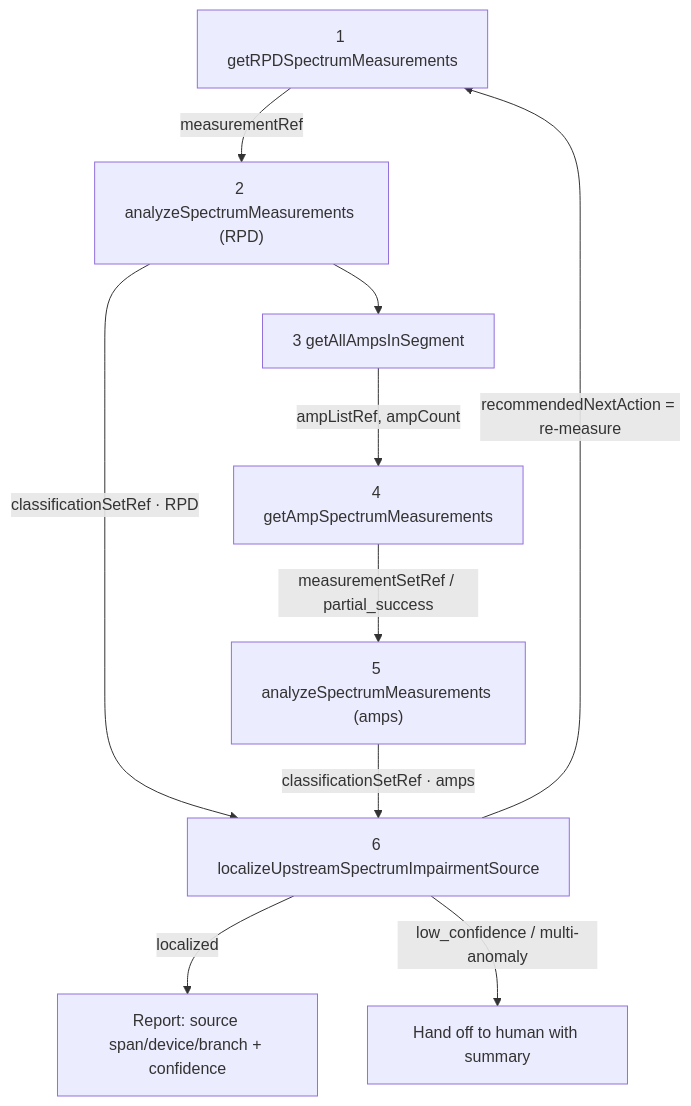
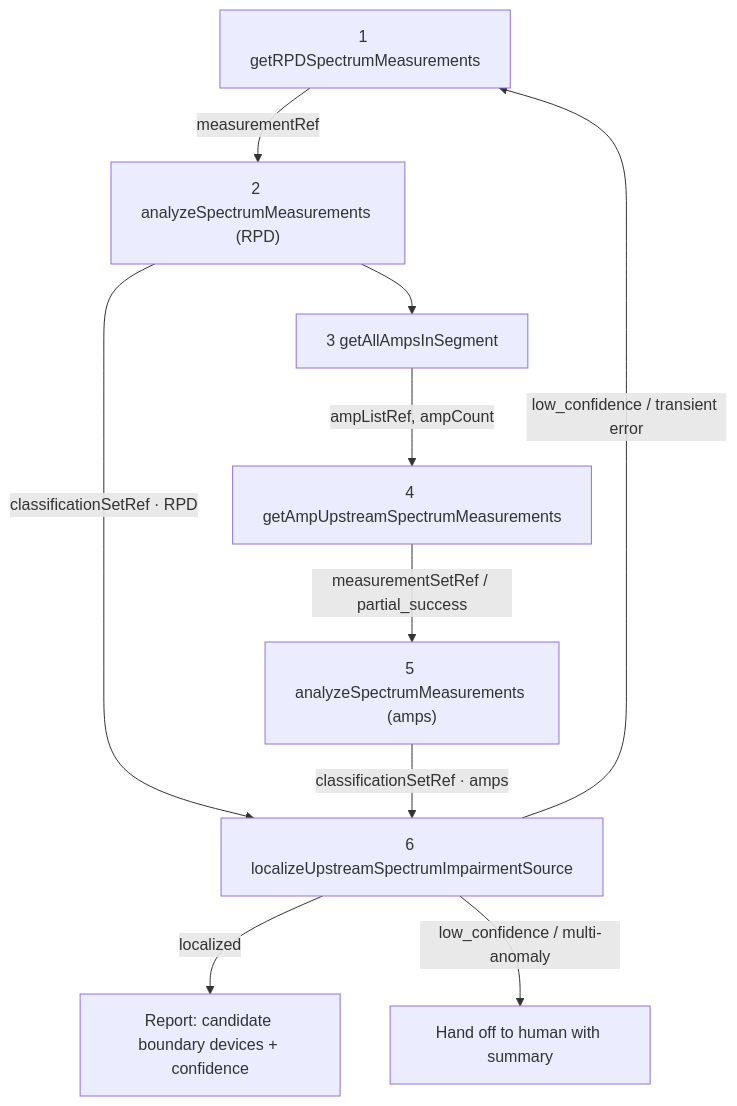
One commit to sheikmohdimran/scte-upstream-impairment changed the diagram in docs/corrected-plan.md. Above: the diagram before and after it, drawn with Mermaid. The commit also changed other lines of this file and 6 other files, not shown here.

````diff
--- a/docs/corrected-plan.md
+++ b/docs/corrected-plan.md
@@ -57,12 +57,12 @@
 ```mermaid
 flowchart TD
 		A["1 getRPDSpectrumMeasurements"] -->|measurementRef| B["2 analyzeSpectrumMeasurements (RPD)"]
 		B -->|classificationSetRef · RPD| F
 		B --> C["3 getAllAmpsInSegment"]
-		C -->|ampListRef, ampCount| D["4 getAmpSpectrumMeasurements"]
+		C -->|ampListRef, ampCount| D["4 getAmpUpstreamSpectrumMeasurements"]
 		D -->|measurementSetRef / partial_success| E["5 analyzeSpectrumMeasurements (amps)"]
 		E -->|classificationSetRef · amps| F["6 localizeUpstreamSpectrumImpairmentSource"]
-		F -->|recommendedNextAction = re-measure| A
-		F -->|localized| G["Report: source span/device/branch + confidence"]
+		F -->|low_confidence / transient error| A
+		F -->|localized| G["Report: candidate boundary devices + confidence"]
 		F -->|low_confidence / multi-anomaly| H["Hand off to human with summary"]
 ```
````
